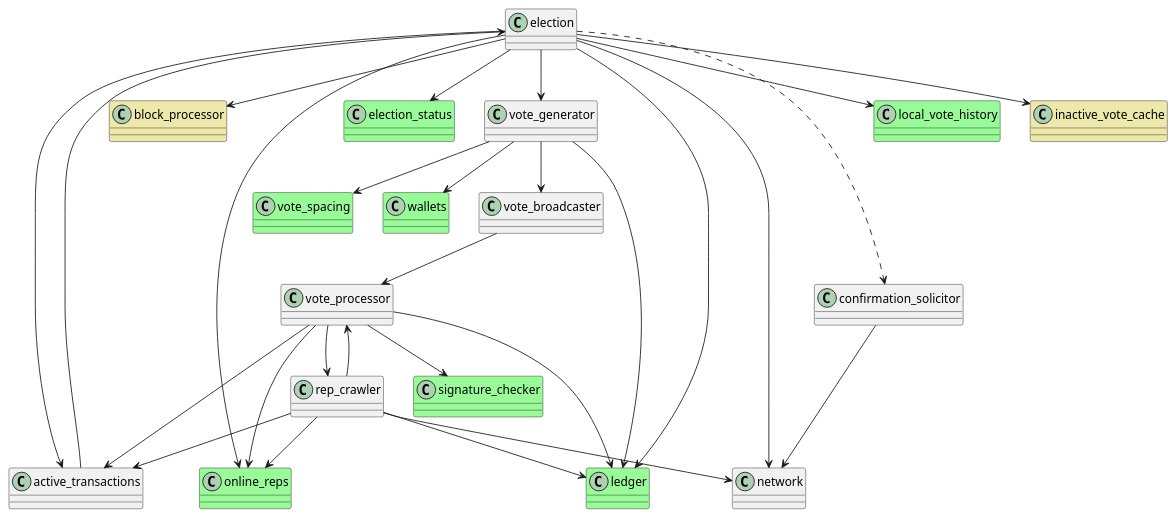
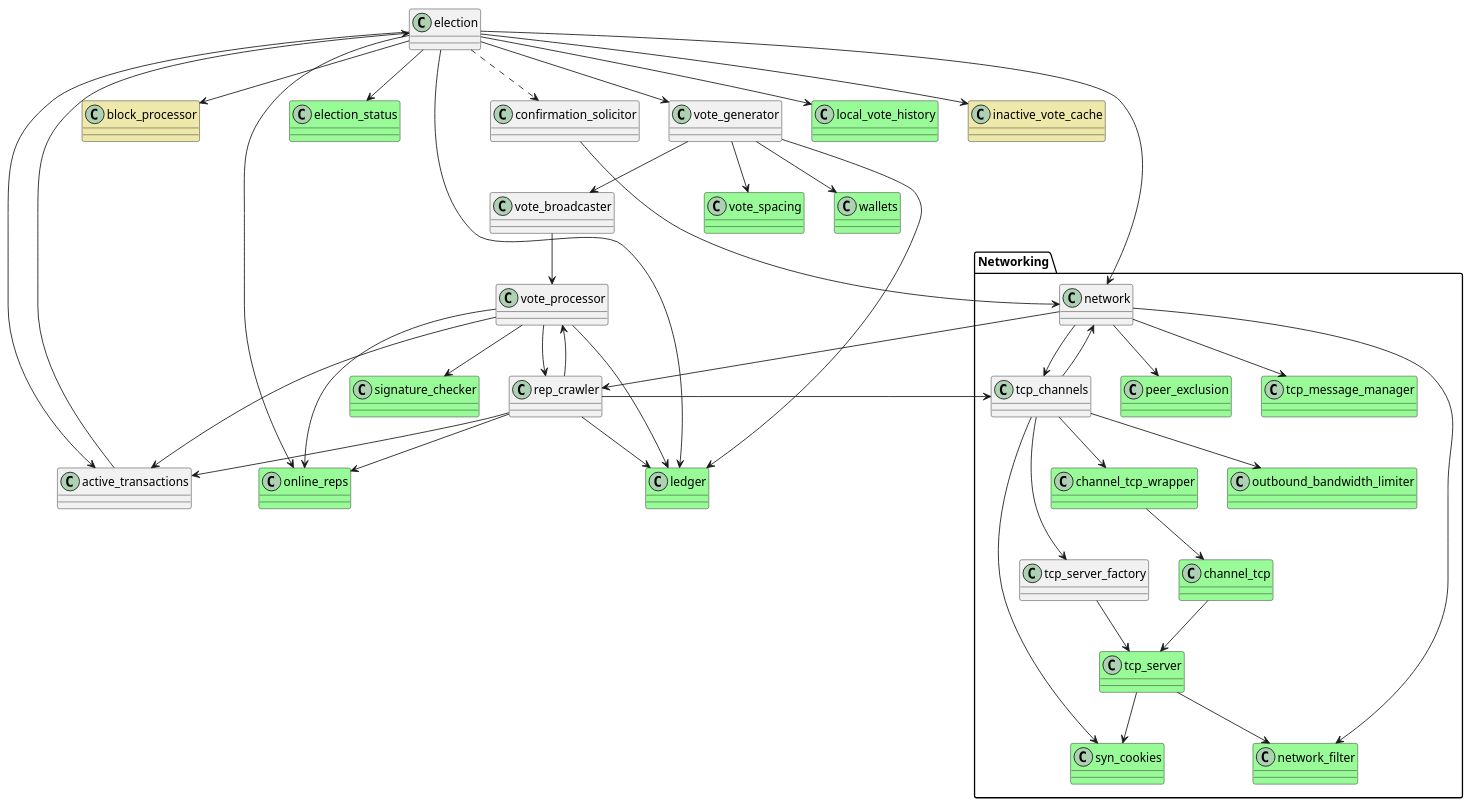
One commit to stjet/rsban-node changed the diagram in rust/doc/port_blockprocessor.puml. Above: the diagram before and after it, drawn with PlantUML. The commit also changed 6 other files, not shown here.

Commit message:
Break dependency tcp_channels --> store

```diff
--- a/rust/doc/port_blockprocessor.puml
+++ b/rust/doc/port_blockprocessor.puml
@@ -1,52 +1,84 @@
 @startuml "Port Blockprocessor"
 class block_processor #PaleGoldenRod
 class active_transactions
 class election
 class confirmation_solicitor
 class election_status #PaleGreen
 class online_reps #PaleGreen
 class ledger #PaleGreen
 class vote_generator
 class vote_broadcaster
 class vote_processor
 class vote_spacing #PaleGreen
 class wallets #PaleGreen
-class network
 class local_vote_history #PaleGreen
 class inactive_vote_cache #PaleGoldenRod
 class signature_checker #PaleGreen
 class rep_crawler
+
+package "Networking"{
+class network
+class channel_tcp_wrapper #PaleGreen
+class channel_tcp #PaleGreen
+class outbound_bandwidth_limiter #PaleGreen
+class syn_cookies #PaleGreen
+class tcp_server #PaleGreen
+class tcp_channels
+class tcp_server_factory
+class peer_exclusion #PaleGreen
+class tcp_message_manager #PaleGreen
+class network_filter #PaleGreen
+}
 
 active_transactions --> election
 confirmation_solicitor --> network
 
 election --> active_transactions
 election --> election_status
 election --> online_reps
 election --> ledger
 election --> block_processor
 election --> vote_generator
 election --> network
 election --> local_vote_history
 election --> inactive_vote_cache
 election ..> confirmation_solicitor
 
 vote_generator --> vote_broadcaster
 vote_broadcaster --> vote_processor
 vote_generator --> vote_spacing
 vote_generator --> ledger
 vote_generator --> wallets
 
 vote_processor --> signature_checker
 vote_processor --> active_transactions
 vote_processor --> online_reps
 vote_processor --> rep_crawler 
 vote_processor --> ledger
 
-rep_crawler --> network
+rep_crawler --> tcp_channels
 rep_crawler --> online_reps
 rep_crawler --> ledger
 rep_crawler --> active_transactions
 rep_crawler --> vote_processor
 
+network --> peer_exclusion
+network --> tcp_message_manager
+network --> network_filter
+network --> tcp_channels
+network --> rep_crawler
+
+tcp_channels --> tcp_server_factory
+tcp_channels --> outbound_bandwidth_limiter
+tcp_channels --> syn_cookies
+tcp_channels --> network
+tcp_channels --> channel_tcp_wrapper
+
+tcp_server_factory --> tcp_server
+tcp_server --> syn_cookies
+tcp_server --> network_filter
+
+channel_tcp_wrapper --> channel_tcp
+channel_tcp --> tcp_server
+
 @enduml
```
